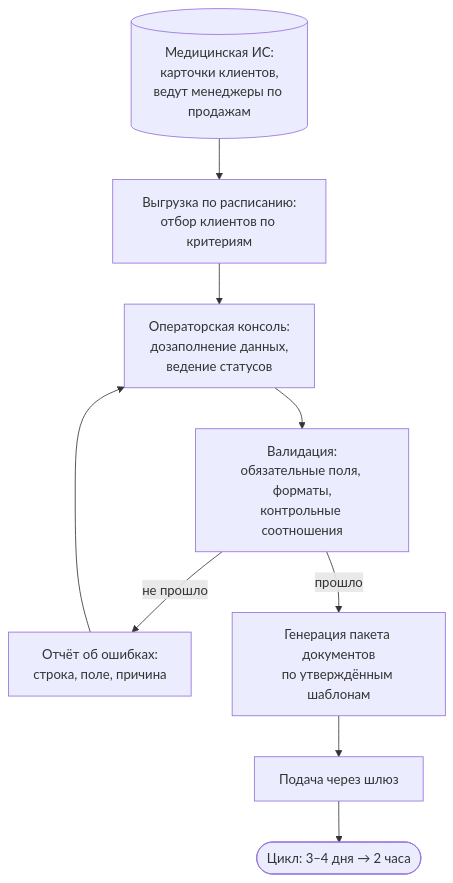
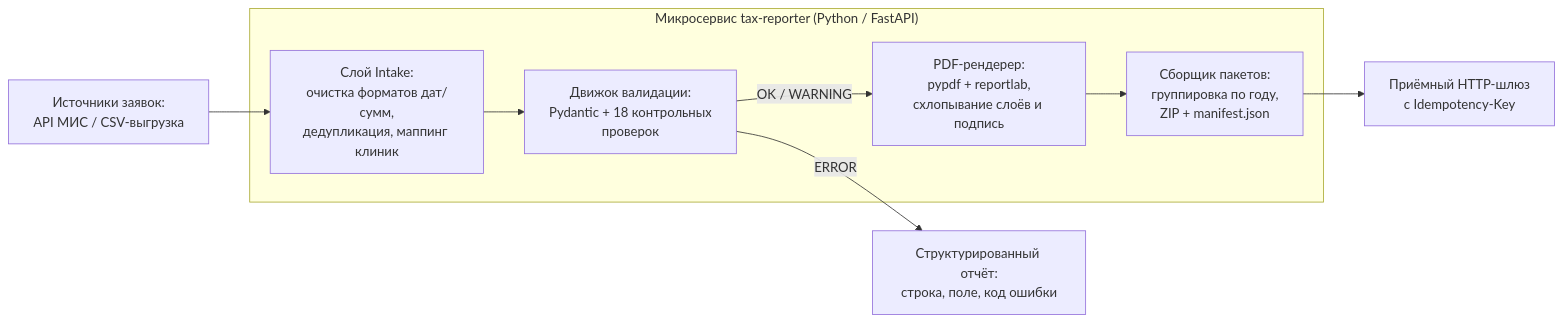
The diagram in case-04-report-automation/README.md (doomsdayoff/system-analysis-portfolio), drawn with Mermaid before and after one commit. The commit also changed other lines of this file and 4 other files, not shown here.

Commit message:
Кейсы переписаны под целевую архитектуру, кейс 04 связан с сервисом tax-reporter

````diff
--- a/case-04-report-automation/README.md
+++ b/case-04-report-automation/README.md
@@ -36,14 +18,15 @@
 ```mermaid
-flowchart TB
-    MIS[(Медицинская ИС:<br/>карточки клиентов,<br/>ведут менеджеры по продажам)]
-    EX[Выгрузка по расписанию:<br/>отбор клиентов по критериям]
-    CONS[Операторская консоль:<br/>дозаполнение данных,<br/>ведение статусов]
-    VAL[Валидация:<br/>обязательные поля, форматы,<br/>контрольные соотношения]
-    ERR[Отчёт об ошибках:<br/>строка, поле, причина]
-    GEN[Генерация пакета документов<br/>по утверждённым шаблонам]
-    SUB[Подача через шлюз]
-    MIS --> EX --> CONS --> VAL
-    VAL -->|не прошло| ERR --> CONS
-    VAL -->|прошло| GEN --> SUB
-    SUB --> DONE([Цикл: 3–4 дня → 2 часа])
+flowchart LR
+    SRC[Источники заявок:<br/>API МИС / CSV-выгрузка]
+    subgraph SVC["Микросервис tax-reporter (Python / FastAPI)"]
+        INT[Слой Intake:<br/>очистка форматов дат/сумм,<br/>дедупликация, маппинг клиник]
+        VAL[Движок валидации:<br/>Pydantic + 18 контрольных<br/>проверок]
+        RND[PDF-рендерер:<br/>pypdf + reportlab,<br/>схлопывание слоёв и подпись]
+        PKG[Сборщик пакетов:<br/>группировка по году,<br/>ZIP + manifest.json]
+    end
+    ERR[Структурированный отчёт:<br/>строка, поле, код ошибки]
+    GW[Приёмный HTTP-шлюз<br/>с Idempotency-Key]
+    SRC --> INT --> VAL
+    VAL -->|ERROR| ERR
+    VAL -->|OK / WARNING| RND --> PKG --> GW
 ```
````
